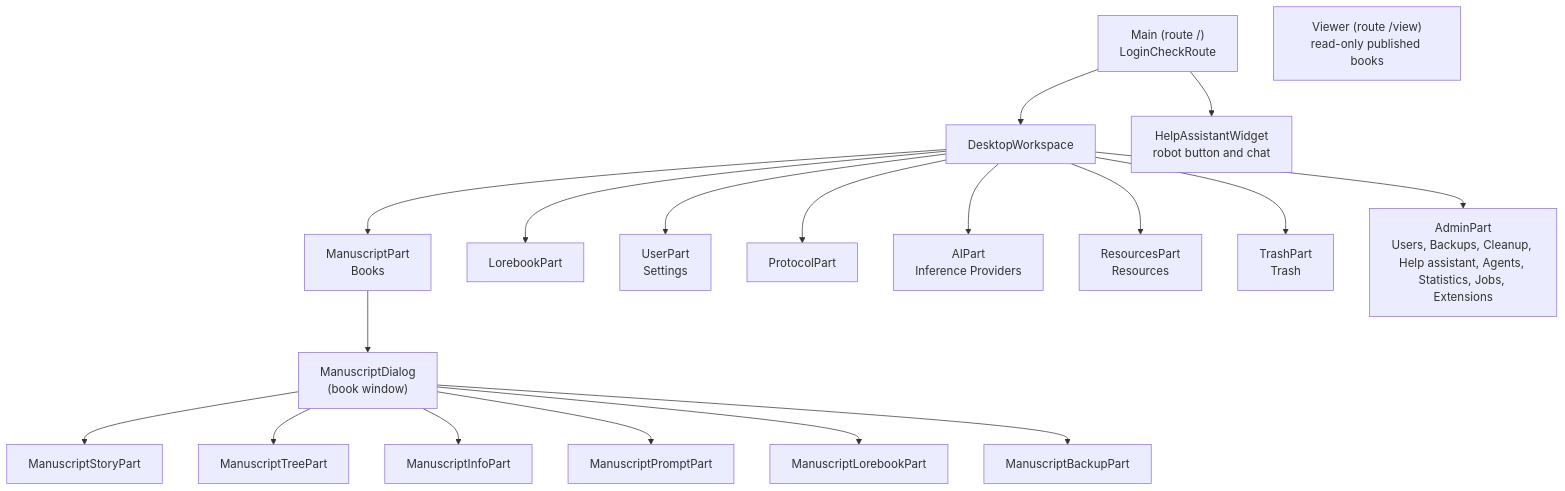
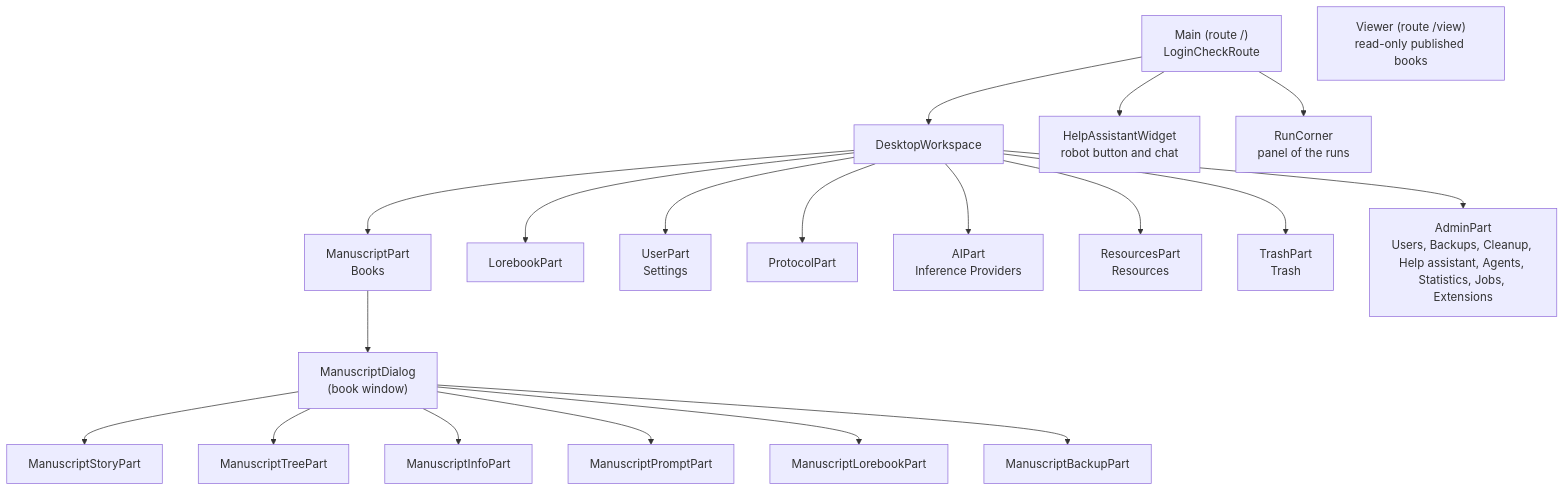
One commit to Enerccio/Marginalia changed the third of 7 diagrams in manual/developer/architecture.md. Above: the diagram before and after it, drawn with Mermaid. The commit also changed other lines of this file and 16 other files, not shown here.

````diff
--- a/manual/developer/architecture.md
+++ b/manual/developer/architecture.md
@@ -236,21 +236,22 @@
 ```mermaid
 flowchart TB
     Main["Main (route /)<br/>LoginCheckRoute"] --> WS["DesktopWorkspace"]
     Main --> HW["HelpAssistantWidget<br/>robot button and chat"]
+    Main --> RC["RunCorner<br/>panel of the runs"]
     Viewer["Viewer (route /view)<br/>read-only published books"]
     WS --> MP["ManuscriptPart<br/>Books"]
     WS --> LP["LorebookPart"]
     WS --> UP["UserPart<br/>Settings"]
     WS --> PP["ProtocolPart"]
     WS --> AP["AIPart<br/>Inference Providers"]
     WS --> RP["ResourcesPart<br/>Resources"]
     WS --> TP["TrashPart<br/>Trash"]
     WS --> AdP["AdminPart<br/>Users, Backups, Cleanup, Help assistant, Agents, Statistics, Jobs, Extensions"]
     MP --> MD["ManuscriptDialog<br/>(book window)"]
     MD --> Story["ManuscriptStoryPart"]
     MD --> Tree["ManuscriptTreePart"]
     MD --> Info["ManuscriptInfoPart"]
     MD --> Prompt["ManuscriptPromptPart"]
     MD --> Lore["ManuscriptLorebookPart"]
     MD --> Backup["ManuscriptBackupPart"]
 ```
````
